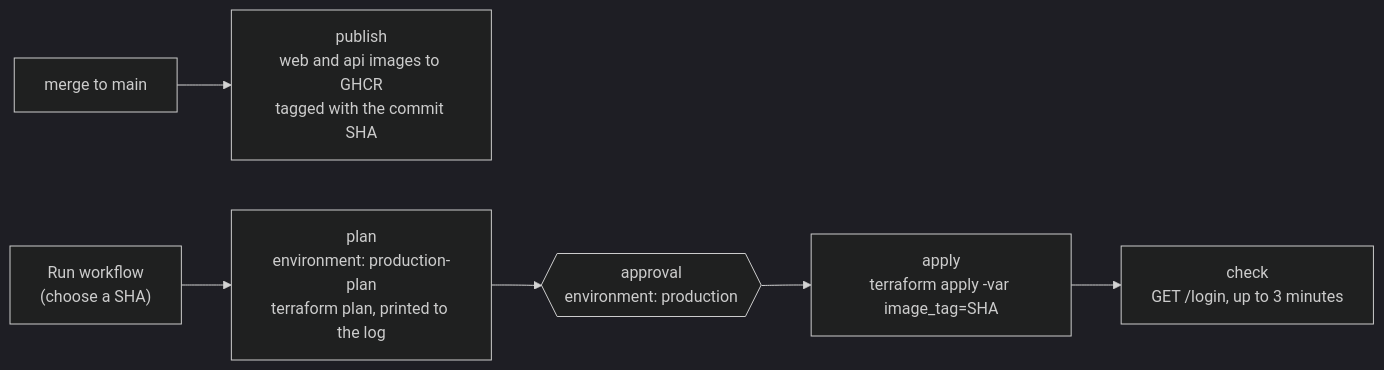
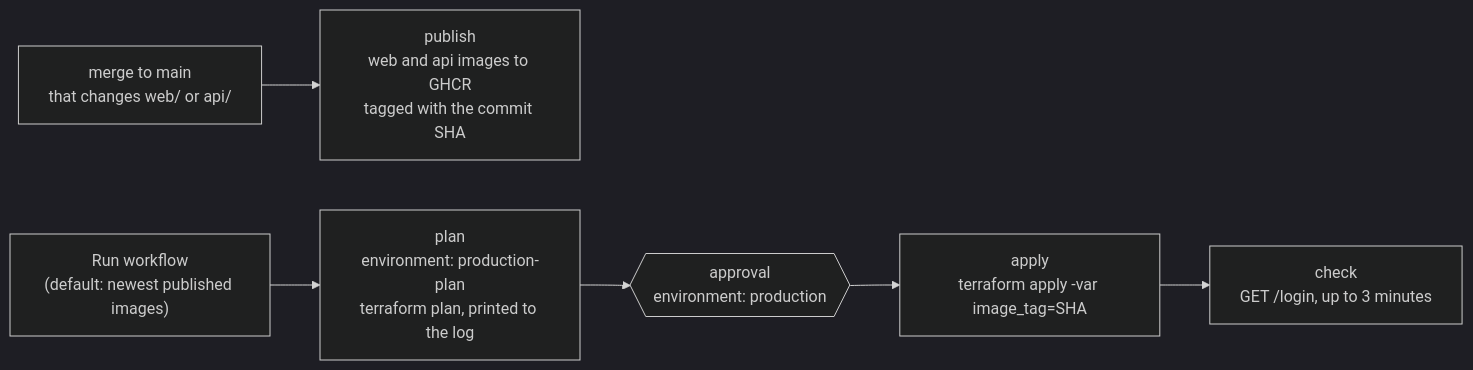
One commit to l1em1on1/social-tennis changed the eighth of 11 diagrams in docs/architecture.md. Above: the diagram before and after it, drawn with Mermaid (dark theme). The commit also changed other lines of this file and 2 other files, not shown here.

Commit message:
Publish images only when web/ or api/ change
- The deploy workflow's push trigger is limited to web/, api/ and the
  workflow file, so a docs or infra merge builds nothing.
- With no SHA given, a deploy walks back from the commit it runs on to
  the first one with published images, instead of assuming the current
  commit has them. Commits in between changed neither app.
- apply deploys the tag plan resolved, passed as a job output.

````diff
--- a/docs/architecture.md
+++ b/docs/architecture.md
@@ -318,8 +318,8 @@
 ```mermaid
 flowchart LR
-    M["merge to main"] --> P["publish<br/>web and api images to GHCR<br/>tagged with the commit SHA"]
-    D["Run workflow<br/>(choose a SHA)"] --> PL["plan<br/>environment: production-plan<br/>terraform plan, printed to the log"]
+    M["merge to main<br/>that changes web/ or api/"] --> P["publish<br/>web and api images to GHCR<br/>tagged with the commit SHA"]
+    D["Run workflow<br/>(default: newest published images)"] --> PL["plan<br/>environment: production-plan<br/>terraform plan, printed to the log"]
     PL --> AP{{"approval<br/>environment: production"}}
     AP --> A["apply<br/>terraform apply -var image_tag=SHA"]
     A --> C["check<br/>GET /login, up to 3 minutes"]
 ```
````
